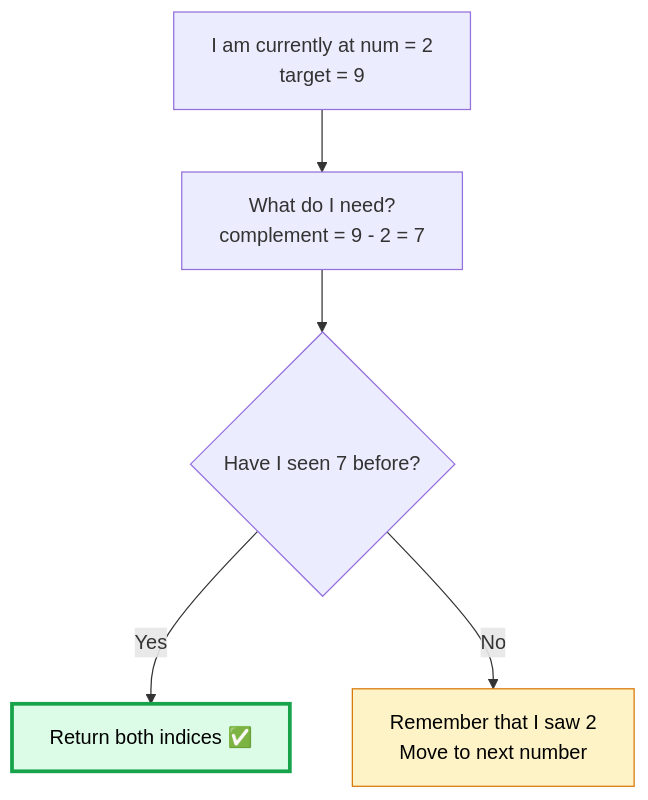
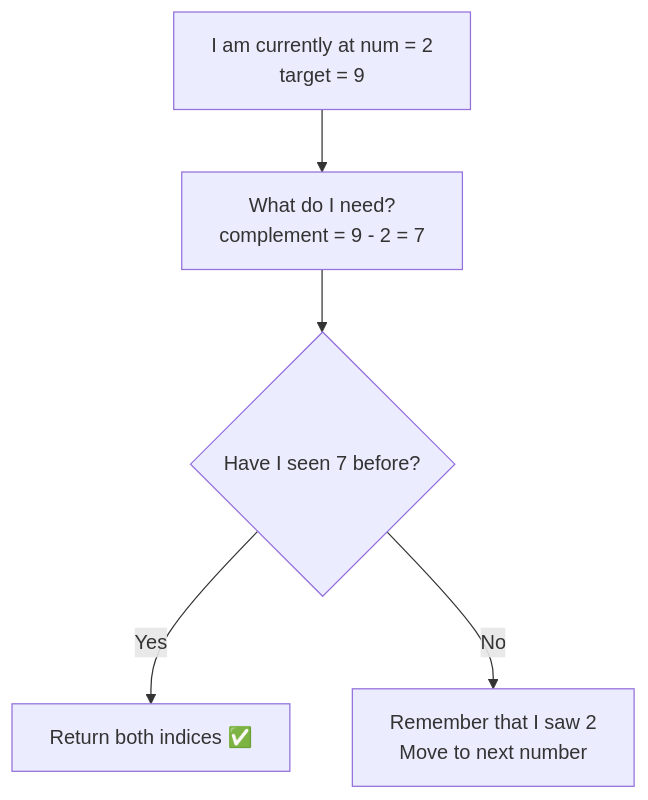
One commit to M-F-Tushar/LeetCode-Problem-Solving changed the third of 12 diagrams in 01 - Two Sum/README.md. Above: the diagram before and after it, drawn with Mermaid. The commit also changed other lines of this file and 6 other files, not shown here.

Commit message:
added 06 - Is Subsequence, 07 - Longest Consecutive Sequence

````diff
--- a/01 - Two Sum/README.md
+++ b/01 - Two Sum/README.md
@@ -86,10 +88,8 @@
 ```mermaid
 flowchart TD
     A["I am currently at num = 2\ntarget = 9"] --> B["What do I need?\ncomplement = 9 - 2 = 7"]
     B --> C{"Have I seen 7 before?"}
     C -- Yes --> D["Return both indices ✅"]
     C -- No  --> E["Remember that I saw 2\nMove to next number"]
 
-    style D fill:#dcfce7,stroke:#16a34a,stroke-width:3px,color:#000000
-    style E fill:#fef3c7,stroke:#d97706,color:#000000
 ```
````
